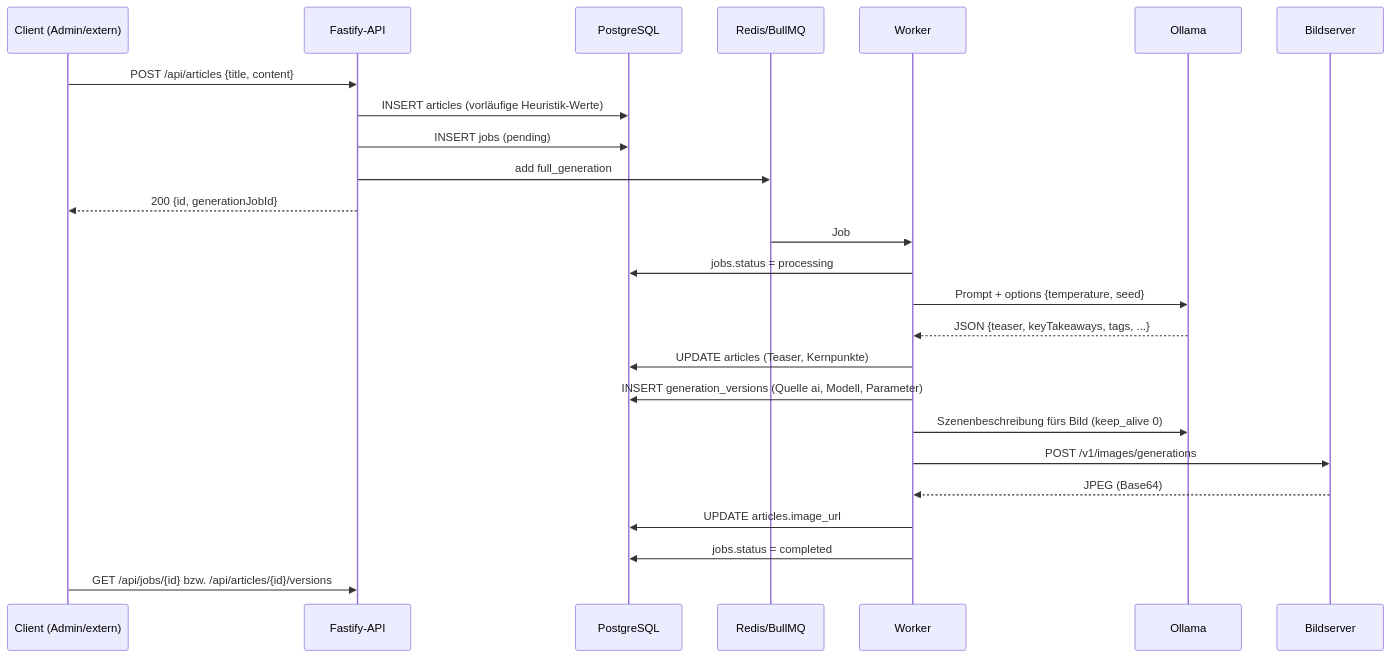
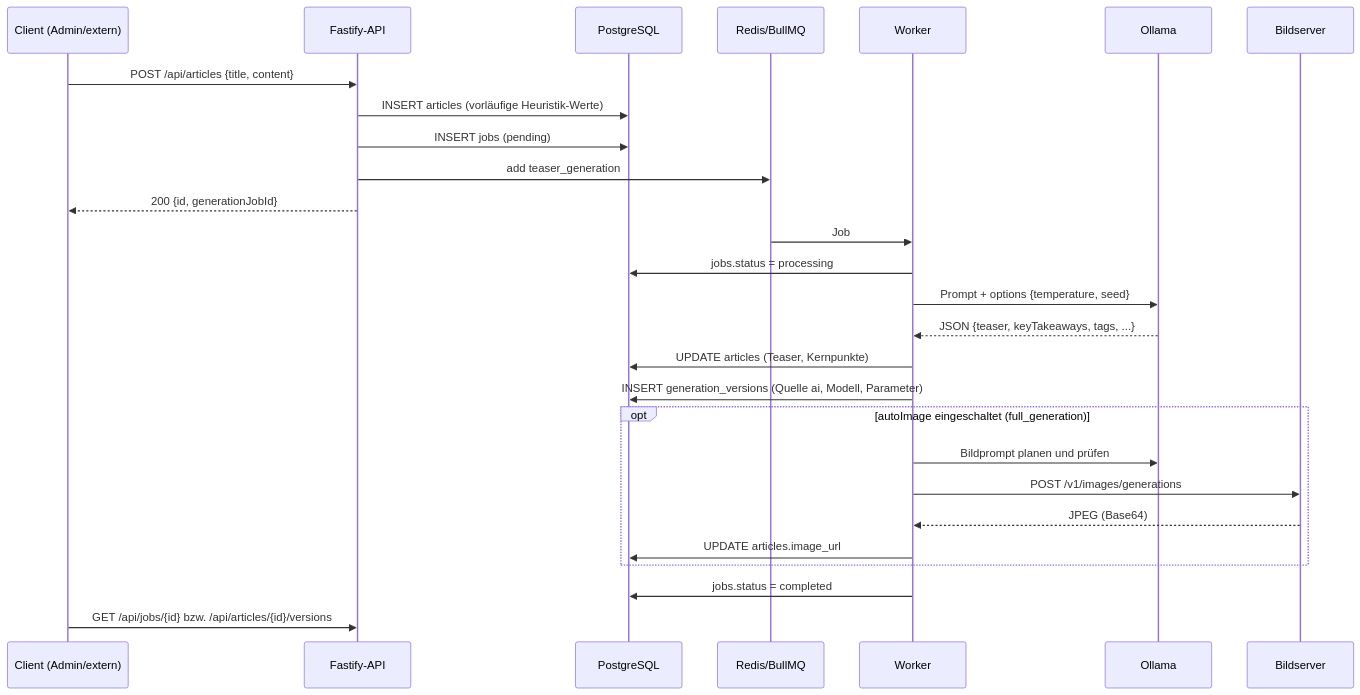
Before and after one commit to dwindischbauer/wb-newsfeed: the second of 4 diagrams in docs/architektur.md, drawn with Mermaid. The commit also changed other lines of this file and 8 other files, not shown here.

````diff
--- a/docs/architektur.md
+++ b/docs/architektur.md
@@ -61,28 +62,30 @@
 ```mermaid
 sequenceDiagram
     participant C as Client (Admin/extern)
     participant API as Fastify-API
     participant DB as PostgreSQL
     participant Q as Redis/BullMQ
     participant W as Worker
     participant O as Ollama
     participant B as Bildserver
 
     C->>API: POST /api/articles {title, content}
     API->>DB: INSERT articles (vorläufige Heuristik-Werte)
     API->>DB: INSERT jobs (pending)
-    API->>Q: add full_generation
+    API->>Q: add teaser_generation
     API-->>C: 200 {id, generationJobId}
     Q->>W: Job
     W->>DB: jobs.status = processing
     W->>O: Prompt + options {temperature, seed}
     O-->>W: JSON {teaser, keyTakeaways, tags, ...}
     W->>DB: UPDATE articles (Teaser, Kernpunkte)
     W->>DB: INSERT generation_versions (Quelle ai, Modell, Parameter)
-    W->>O: Szenenbeschreibung fürs Bild (keep_alive 0)
-    W->>B: POST /v1/images/generations
-    B-->>W: JPEG (Base64)
-    W->>DB: UPDATE articles.image_url
+    opt autoImage eingeschaltet (full_generation)
+        W->>O: Bildprompt planen und prüfen
+        W->>B: POST /v1/images/generations
+        B-->>W: JPEG (Base64)
+        W->>DB: UPDATE articles.image_url
+    end
     W->>DB: jobs.status = completed
     C->>API: GET /api/jobs/{id} bzw. /api/articles/{id}/versions
 ```
````
